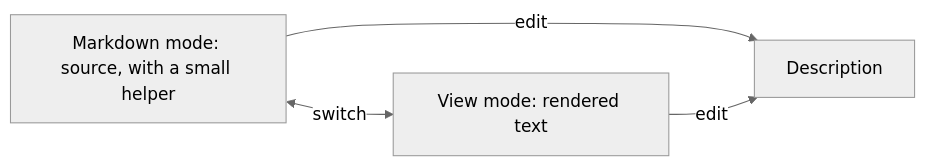
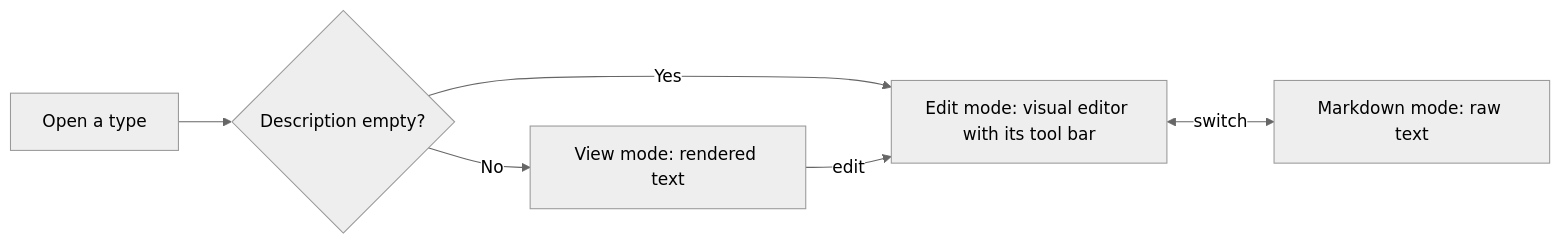
One commit to AlexandreGallais/synoptic-studio-spec changed the second of 3 diagrams in metadata/03-documentation.md. Above: the diagram before and after it, drawn with Mermaid (neutral theme). The commit also changed other lines of this file and 14 other files, not shown here.

````diff
--- a/metadata/03-documentation.md
+++ b/metadata/03-documentation.md
@@ -37,6 +44,8 @@
 ```mermaid
 flowchart LR
-    S["Markdown mode: source, with a small helper"] <-->|"switch"| V["View mode: rendered text"]
-    S -->|"edit"| T[Description]
-    V -->|"edit"| T
+    O["Open a type"] --> C{"Description empty?"}
+    C -- "No" --> V["View mode: rendered text"]
+    C -- "Yes" --> E["Edit mode: visual editor with its tool bar"]
+    V -->|"edit"| E
+    E <-->|"switch"| M["Markdown mode: raw text"]
 ```
````
